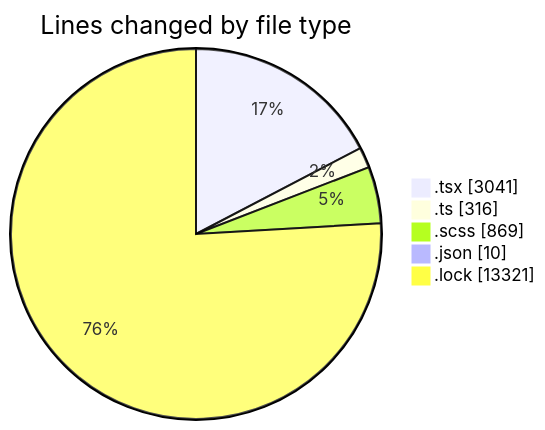
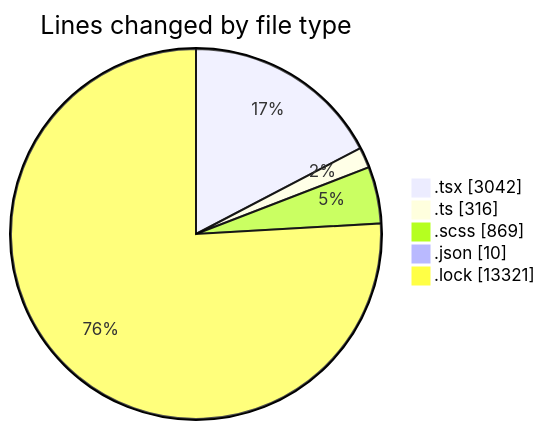
Before and after one commit to momahboobian/code-tracking: the first of 2 diagrams in 2025-02-12/cda/README.md, drawn with Mermaid. The commit also changed other lines of this file and 1 other file, not shown here.

````diff
--- a/2025-02-12/cda/README.md
+++ b/2025-02-12/cda/README.md
@@ -34,9 +34,9 @@
 ```mermaid
 pie showData
 title Lines changed by file type
-".tsx" : 3041
+".tsx" : 3042
 ".ts" : 316
 ".scss" : 869
 ".json" : 10
 ".lock" : 13321
 ```
````
